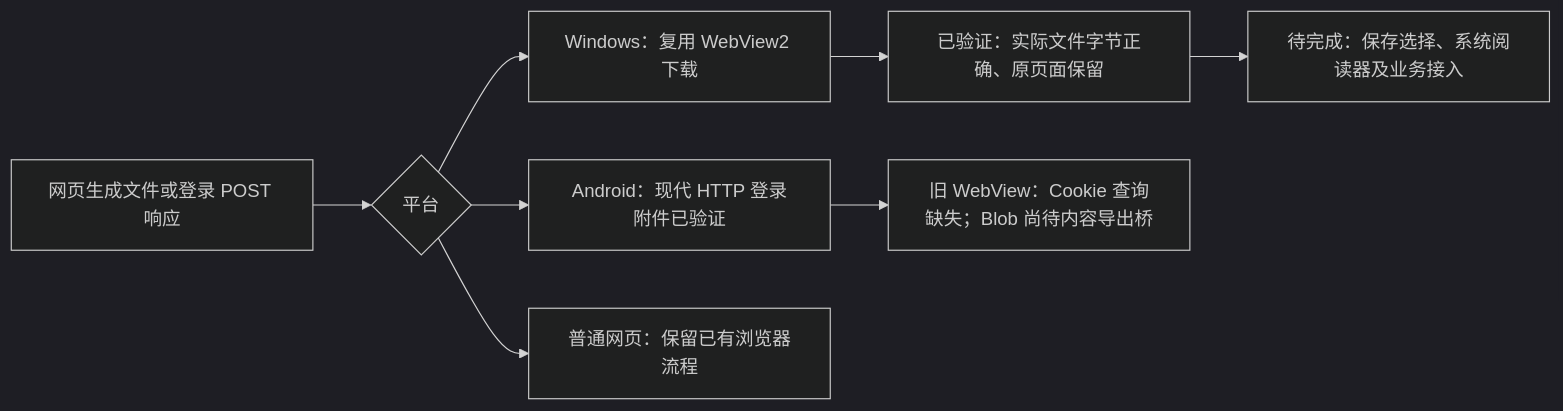
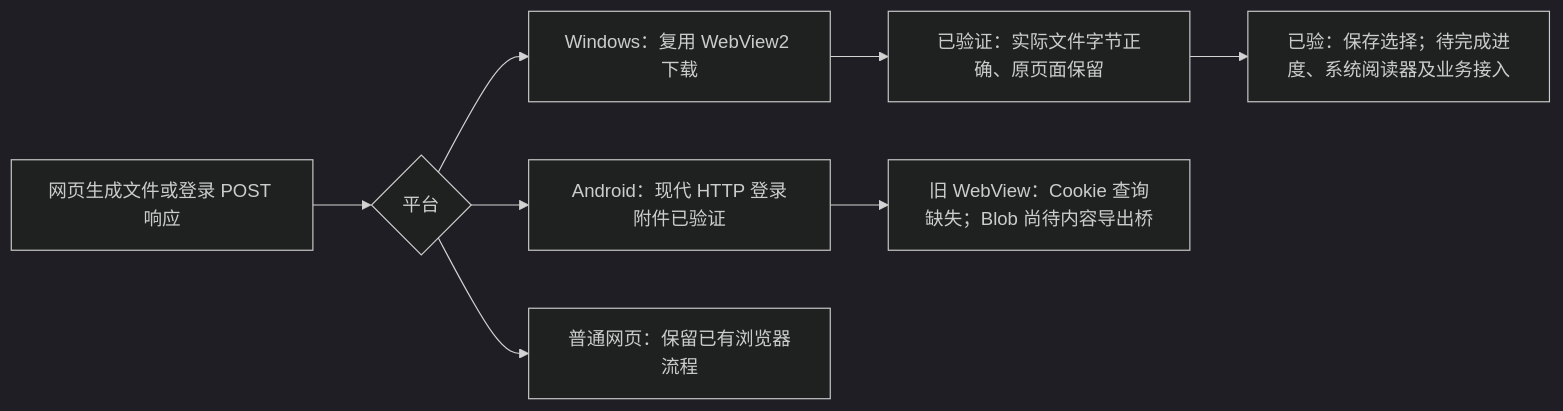
One commit to XYL333FYQ/TongMuTVPlus changed the second of 6 diagrams in docs/design/CLIENT-EXPERIENCE-VERIFIED.md. Above: the diagram before and after it, drawn with Mermaid (dark theme). The commit also changed other lines of this file and 2 other files, not shown here.

Commit message:
docs(client): record verified native save and permission flows

````diff
--- a/docs/design/CLIENT-EXPERIENCE-VERIFIED.md
+++ b/docs/design/CLIENT-EXPERIENCE-VERIFIED.md
@@ -25,10 +24,10 @@
 ```mermaid
 flowchart LR
     F[网页生成文件或登录 POST 响应] --> P{平台}
     P --> W[Windows：复用 WebView2 下载]
     W --> W1[已验证：实际文件字节正确、原页面保留]
-    W1 --> W2[待完成：保存选择、系统阅读器及业务接入]
+    W1 --> W2[已验：保存选择；待完成进度、系统阅读器及业务接入]
     P --> A[Android：现代 HTTP 登录附件已验证]
     A --> A1[旧 WebView：Cookie 查询缺失；Blob 尚待内容导出桥]
     P --> B[普通网页：保留已有浏览器流程]
 ```
````
